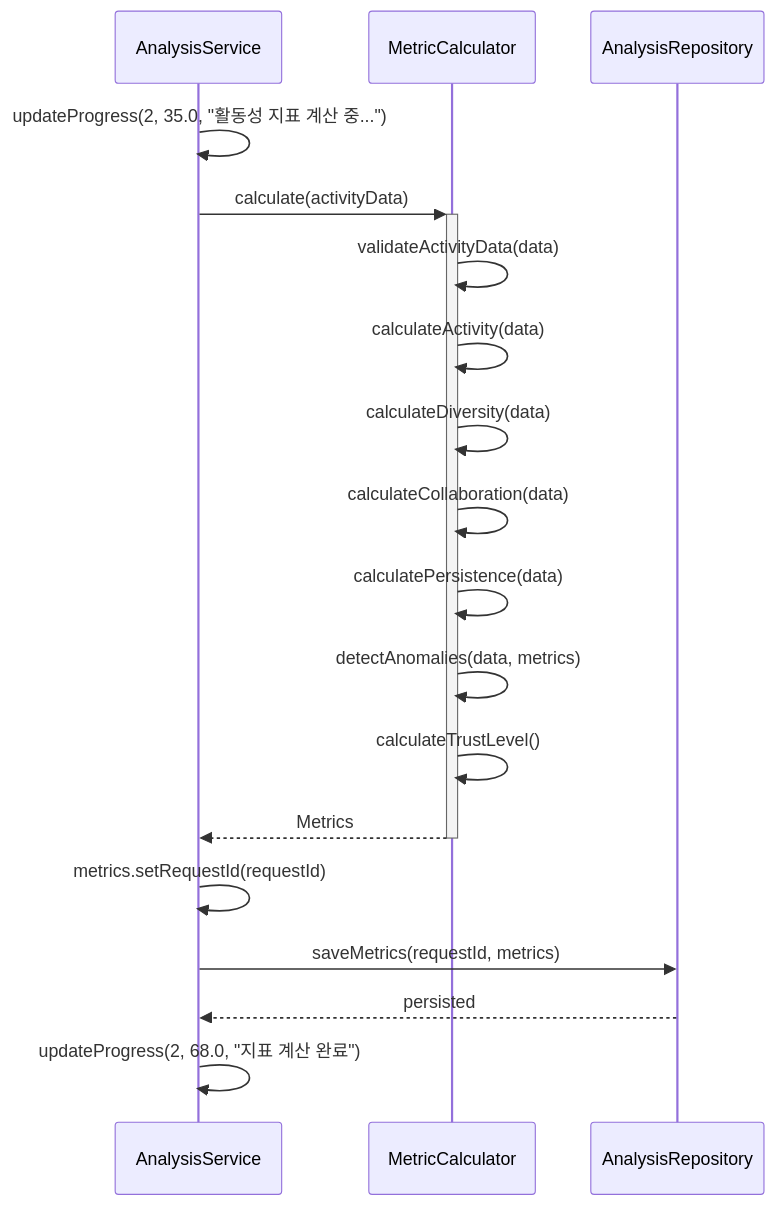
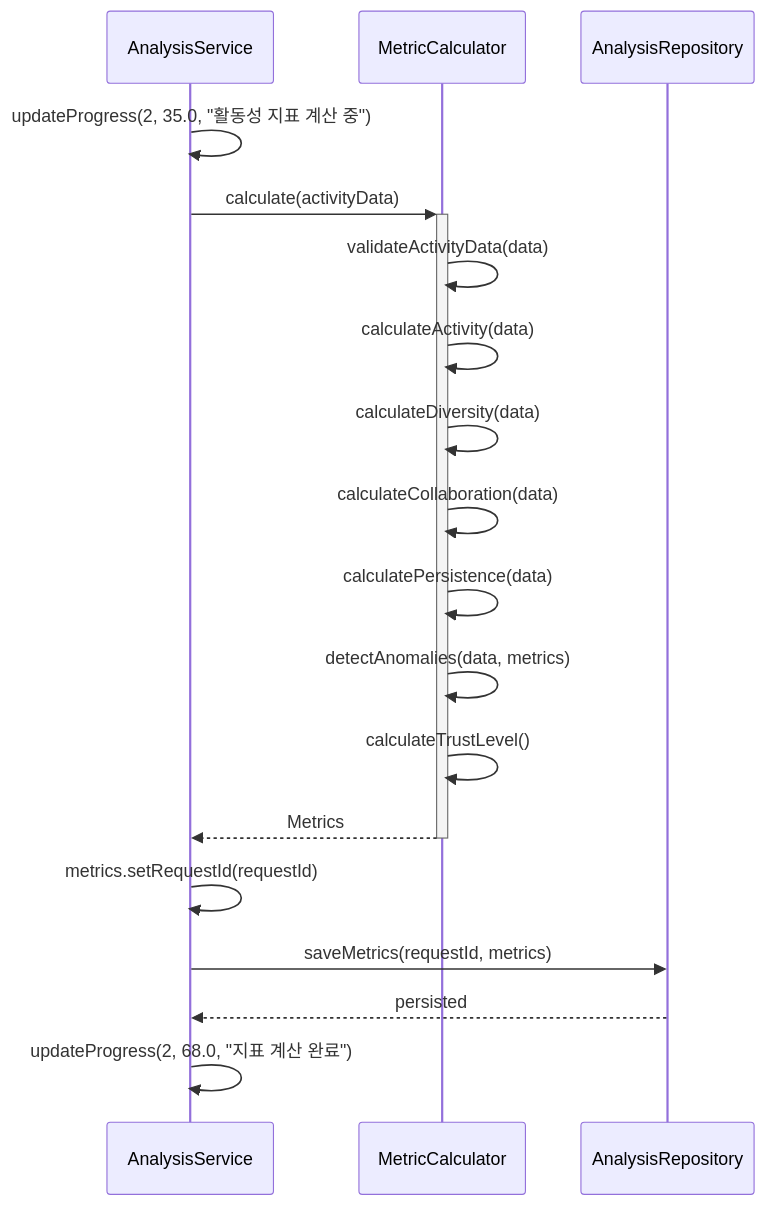
Before and after one commit to NotHyoone/OSS_Design: diagram 15 of 20 in docs/project/[Design]22212046_안효원.md, drawn with Mermaid. The commit also changed other lines of this file and 4 other files, not shown here.

Commit message:
docs: sync project diagrams with implementation

````diff
--- a/docs/project/[Design]22212046_안효원.md
+++ b/docs/project/[Design]22212046_안효원.md
@@ -1782,22 +1787,22 @@
 ```mermaid
 sequenceDiagram
     participant AnalysisSvc as AnalysisService
     participant MetricCalc as MetricCalculator
     participant Repo as AnalysisRepository
 
-    AnalysisSvc->>AnalysisSvc: updateProgress(2, 35.0, "활동성 지표 계산 중...")
+    AnalysisSvc->>AnalysisSvc: updateProgress(2, 35.0, "활동성 지표 계산 중")
     AnalysisSvc->>+MetricCalc: calculate(activityData)
     MetricCalc->>MetricCalc: validateActivityData(data)
     MetricCalc->>MetricCalc: calculateActivity(data)
     MetricCalc->>MetricCalc: calculateDiversity(data)
     MetricCalc->>MetricCalc: calculateCollaboration(data)
     MetricCalc->>MetricCalc: calculatePersistence(data)
     MetricCalc->>MetricCalc: detectAnomalies(data, metrics)
     MetricCalc->>MetricCalc: calculateTrustLevel()
     MetricCalc-->>-AnalysisSvc: Metrics
 
     AnalysisSvc->>AnalysisSvc: metrics.setRequestId(requestId)
     AnalysisSvc->>Repo: saveMetrics(requestId, metrics)
     Repo-->>AnalysisSvc: persisted
     AnalysisSvc->>AnalysisSvc: updateProgress(2, 68.0, "지표 계산 완료")
 ```
````
